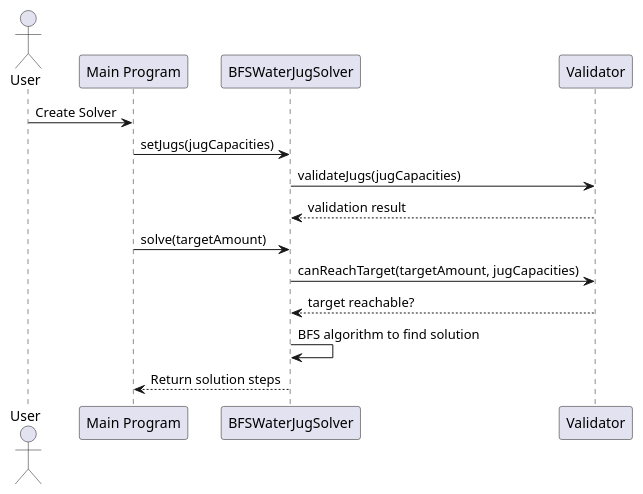
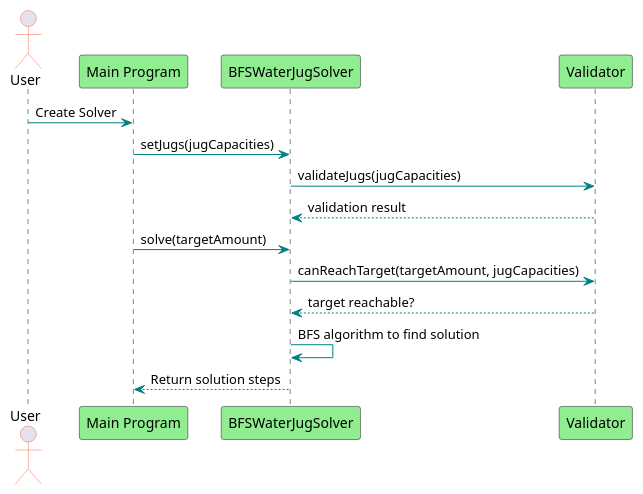
Before and after one commit to ghost000/water-and-jug: the diagram in diagrams/sequenceDiagram.wsd, drawn with PlantUML. The commit also changed 5 other files, not shown here.

Commit message:
Add colors to PlantUML diagrams.

```diff
--- a/diagrams/sequenceDiagram.wsd
+++ b/diagrams/sequenceDiagram.wsd
@@ -1,23 +1,33 @@
 @startuml Sequence Diagram
+
+' Color settings
+skinparam sequence {
+    ActorBorderColor #FF6347
+    LifeLineBorderColor Black
+    LifeLineBackgroundColor LightYellow
+    ArrowColor #008080
+    ParticipantBackgroundColor LightGreen
+}
+
 actor User
 participant "Main Program" as Main
 participant "BFSWaterJugSolver" as Solver
 participant "Validator" as Validator
 
 ' User creates the solver and passes the jug capacities
 User -> Main: Create Solver
 Main -> Solver: setJugs(jugCapacities)
 Solver -> Validator: validateJugs(jugCapacities)
 Validator --> Solver: validation result
 
 ' User requests the solver to solve the problem for a given water amount
 Main -> Solver: solve(targetAmount)
 Solver -> Validator: canReachTarget(targetAmount, jugCapacities)
 Validator --> Solver: target reachable?
 
 ' Solver starts BFS algorithm to find the solution
 Solver -> Solver: BFS algorithm to find solution
 
 ' Solver returns solution steps
 Solver --> Main: Return solution steps
 @enduml
```
